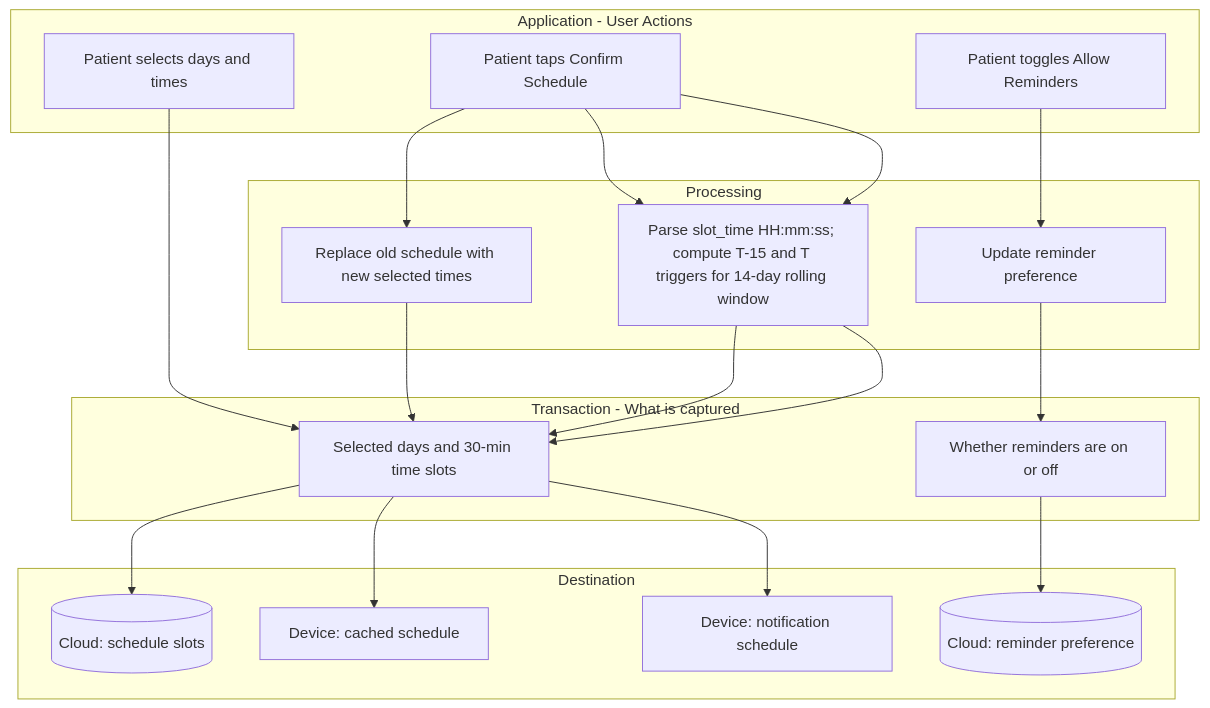
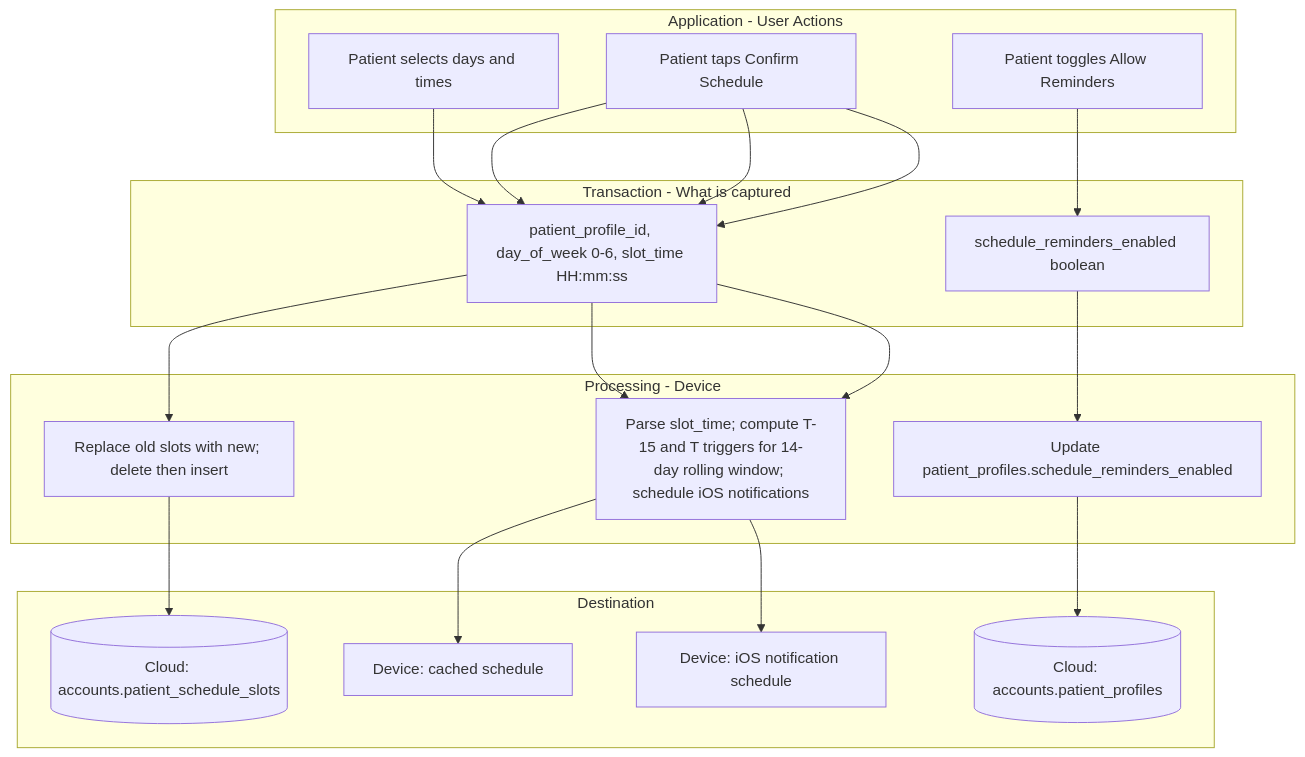
One commit to seanja5/realrehab-mvp changed the sixth of 8 diagrams in docs/DATA_FLOW.md. Above: the diagram before and after it, drawn with Mermaid. The commit also changed other lines of this file, not shown here.

First line of the commit message:
docs: clarify device vs cloud processing in DATA_FLOW module flows

````diff
--- a/docs/DATA_FLOW.md
+++ b/docs/DATA_FLOW.md
@@ -378,32 +404,32 @@
 ```mermaid
 flowchart TB
     subgraph app4 [Application - User Actions]
         A4A[Patient selects days and times]
         A4B[Patient taps Confirm Schedule]
         A4C[Patient toggles Allow Reminders]
     end
 
-    subgraph proc4 [Processing]
-        P4A[Replace old schedule with new selected times]
-        P4B[Update reminder preference]
-        P4C[Parse slot_time HH:mm:ss; compute T-15 and T triggers for 14-day rolling window]
+    subgraph tx4 [Transaction - What is captured]
+        T4A[patient_profile_id, day_of_week 0-6, slot_time HH:mm:ss]
+        T4B[schedule_reminders_enabled boolean]
     end
 
-    subgraph tx4 [Transaction - What is captured]
-        T4A[Selected days and 30-min time slots]
-        T4B[Whether reminders are on or off]
+    subgraph proc4 [Processing - Device]
+        P4A[Replace old slots with new; delete then insert]
+        P4B[Update patient_profiles.schedule_reminders_enabled]
+        P4C[Parse slot_time; compute T-15 and T triggers for 14-day rolling window; schedule iOS notifications]
     end
 
     subgraph dest4 [Destination]
-        D4A[(Cloud: schedule slots)]
-        D4B[(Cloud: reminder preference)]
+        D4A[(Cloud: accounts.patient_schedule_slots)]
+        D4B[(Cloud: accounts.patient_profiles)]
         D4C[Device: cached schedule]
-        D4D[Device: notification schedule]
+        D4D[Device: iOS notification schedule]
     end
 
     A4A --> T4A
-    A4B --> P4A --> T4A --> D4A
-    A4B --> P4C --> T4A --> D4C
-    A4B --> P4C --> T4A --> D4D
-    A4C --> P4B --> T4B --> D4B
+    A4B --> T4A --> P4A --> D4A
+    A4B --> T4A --> P4C --> D4C
+    A4B --> T4A --> P4C --> D4D
+    A4C --> T4B --> P4B --> D4B
 ```
````
